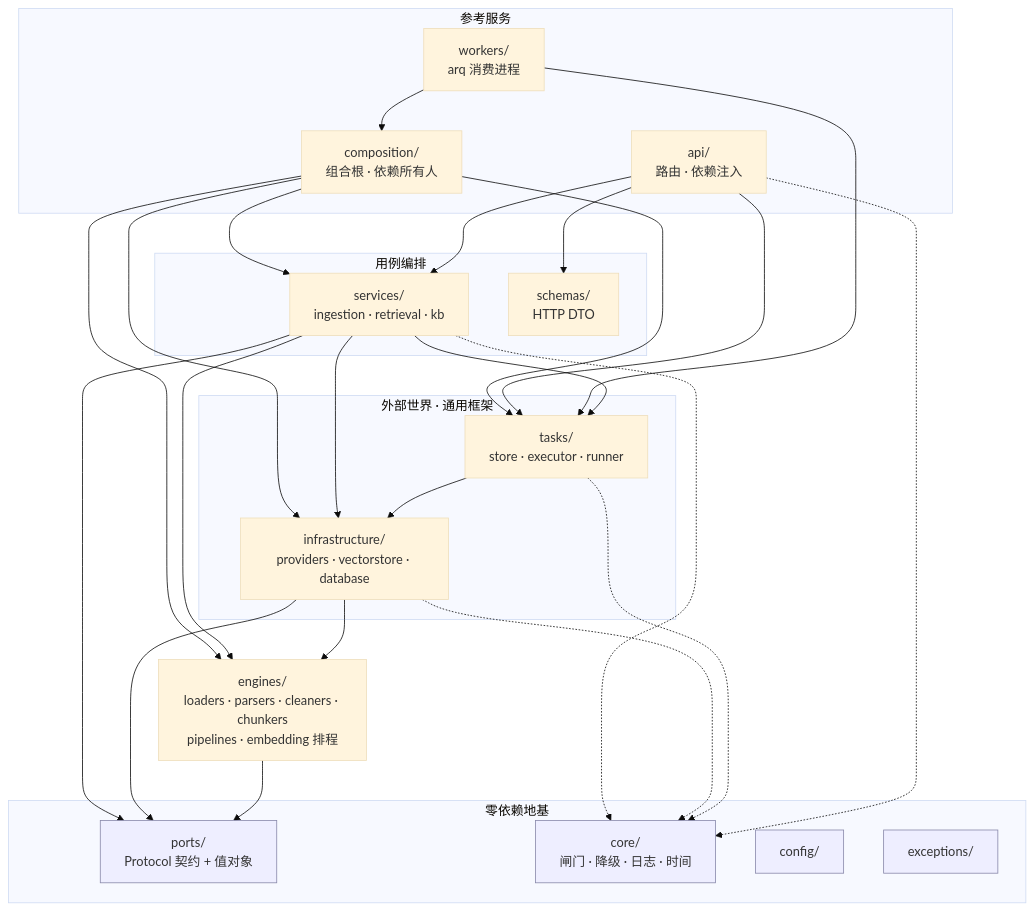
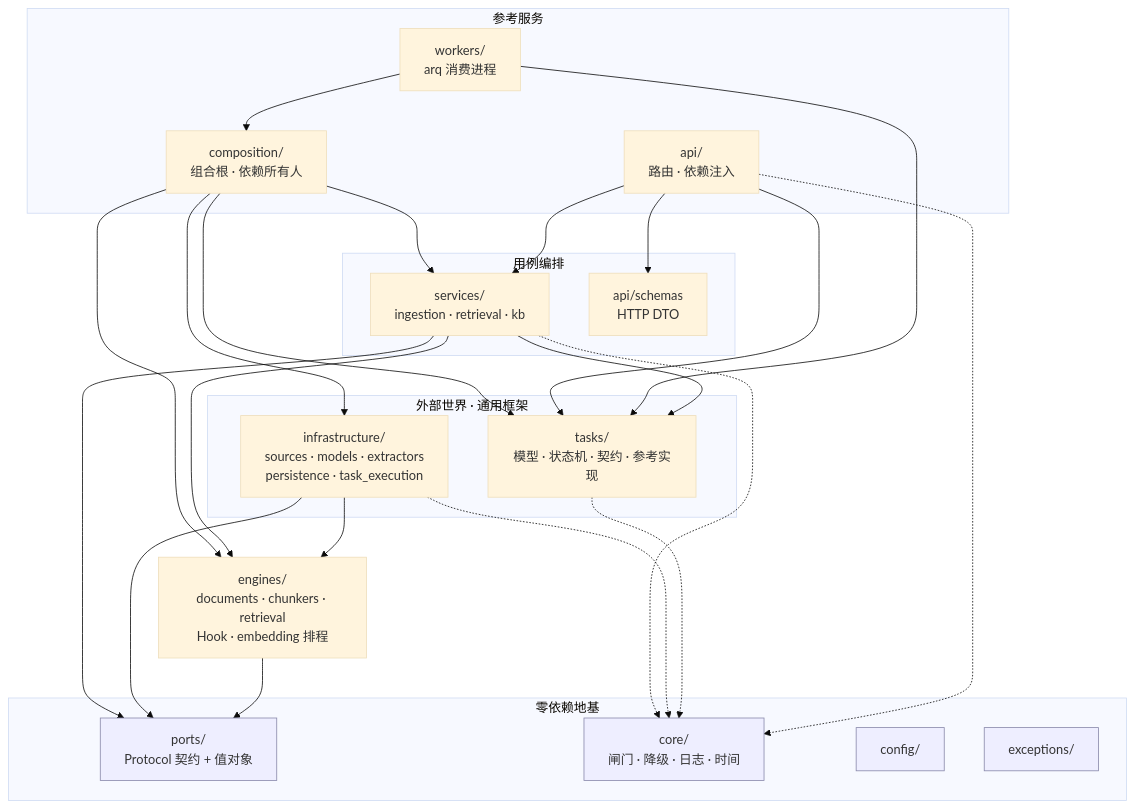
The first of 3 diagrams in docs/structure.md (comet-7x/comet-rag), drawn with Mermaid (base theme) before and after one commit. The commit also changed other lines of this file and 211 other files, not shown here.

First line of the commit message:
refactor(architecture): 统一仓库目录与文档处理边界 (#56)

````diff
--- a/docs/structure.md
+++ b/docs/structure.md
@@ -74,53 +54,51 @@
 ```mermaid
 flowchart TD
     subgraph SVC["参考服务"]
         boot["composition/<br/>组合根 · 依赖所有人"]
         api["api/<br/>路由 · 依赖注入"]
         wrk["workers/<br/>arq 消费进程"]
     end
 
     subgraph UC["用例编排"]
         svc["services/<br/>ingestion · retrieval · kb"]
-        sch["schemas/<br/>HTTP DTO"]
+        sch["api/schemas<br/>HTTP DTO"]
     end
 
     subgraph EXT["外部世界 · 通用框架"]
-        infra["infrastructure/<br/>providers · vectorstore · database"]
-        tsk["tasks/<br/>store · executor · runner"]
+        infra["infrastructure/<br/>sources · models · extractors<br/>persistence · task_execution"]
+        tsk["tasks/<br/>模型 · 状态机 · 契约 · 参考实现"]
     end
 
-    lib["engines/<br/>loaders · parsers · cleaners · chunkers<br/>pipelines · embedding 排程"]
+    lib["engines/<br/>documents · chunkers · retrieval<br/>Hook · embedding 排程"]
 
     subgraph BASE["零依赖地基"]
         ports["ports/<br/>Protocol 契约 + 值对象"]
         kernel["core/<br/>闸门 · 降级 · 日志 · 时间"]
         cfg["config/"]
         exc["exceptions/"]
     end
 
     boot --> svc
     boot --> infra
     boot --> tsk
     boot --> lib
     api --> svc
     api --> tsk
     api --> sch
     wrk --> tsk
     wrk --> boot
     svc --> lib
-    svc --> infra
     svc --> tsk
     svc --> ports
     infra --> lib
     infra --> ports
-    tsk --> infra
     lib --> ports
 
     svc -.-> kernel
     infra -.-> kernel
     tsk -.-> kernel
     api -.-> kernel
 
     classDef base fill:#eef,stroke:#88a
     class ports,kernel,cfg,exc base
 ```
````
